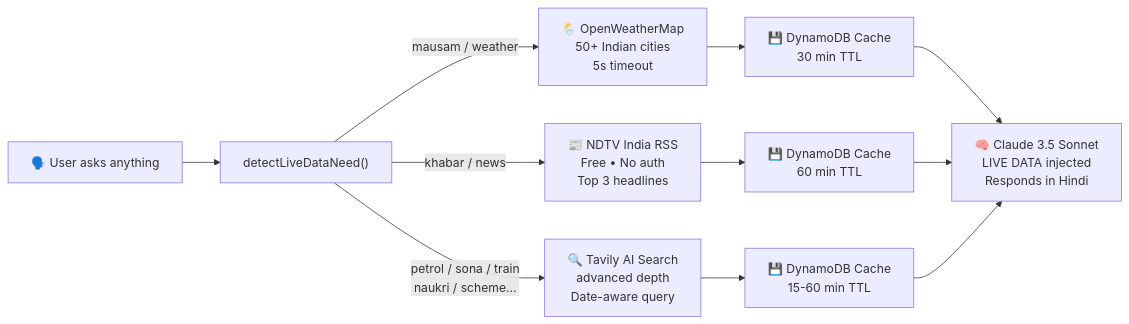
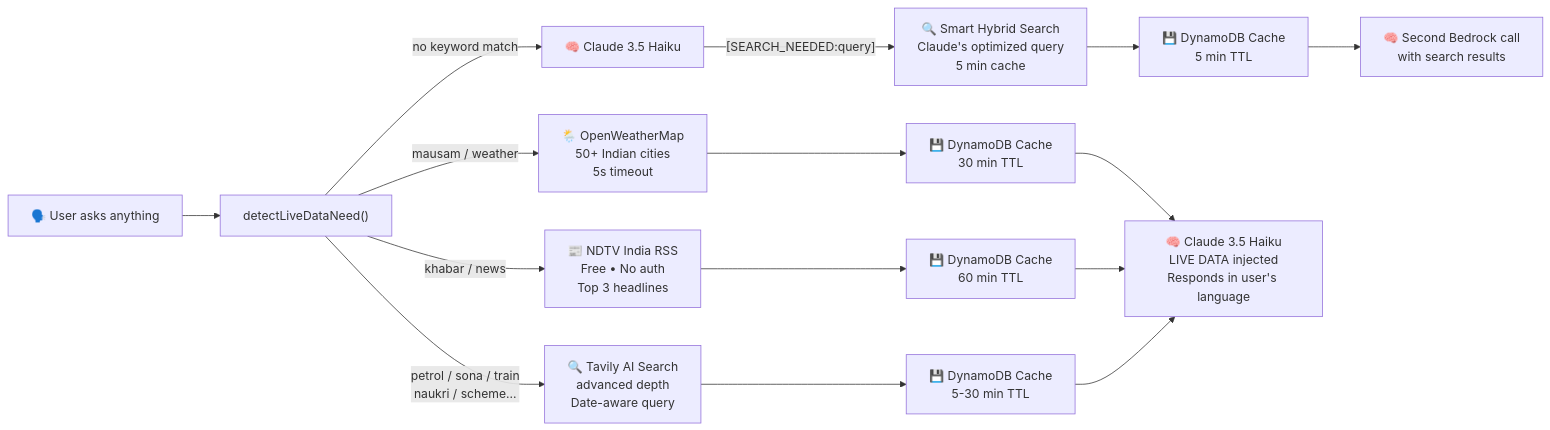
One commit to piyush-lingwal/BharatVani changed the second of 2 diagrams in README.md. Above: the diagram before and after it, drawn with Mermaid. The commit also changed other lines of this file and 11 other files, not shown here.

````diff
--- a/README.md
+++ b/README.md
@@ -296,13 +307,17 @@
 ```mermaid
 graph LR
     U["🗣️ User asks anything"] --> D["detectLiveDataNeed()"]
     D -->|"mausam / weather"| W["🌦️ OpenWeatherMap\n50+ Indian cities\n5s timeout"]
     D -->|"khabar / news"| N["📰 NDTV India RSS\nFree • No auth\nTop 3 headlines"]
     D -->|"petrol / sona / train\nnaukri / scheme..."| T["🔍 Tavily AI Search\nadvanced depth\nDate-aware query"]
+    D -->|"no keyword match"| B["🧠 Claude 3.5 Haiku"]
+    B -->|"[SEARCH_NEEDED:query]"| T2["🔍 Smart Hybrid Search\nClaude's optimized query\n5 min cache"]
     W --> C["💾 DynamoDB Cache\n30 min TTL"]
     N --> C2["💾 DynamoDB Cache\n60 min TTL"]
-    T --> C3["💾 DynamoDB Cache\n15-60 min TTL"]
-    C --> P["🧠 Claude 3.5 Sonnet\nLIVE DATA injected\nResponds in Hindi"]
+    T --> C3["💾 DynamoDB Cache\n5-30 min TTL"]
+    T2 --> C4["💾 DynamoDB Cache\n5 min TTL"]
+    C --> P["🧠 Claude 3.5 Haiku\nLIVE DATA injected\nResponds in user's language"]
     C2 --> P
     C3 --> P
+    C4 --> P2["🧠 Second Bedrock call\nwith search results"]
 ```
````
